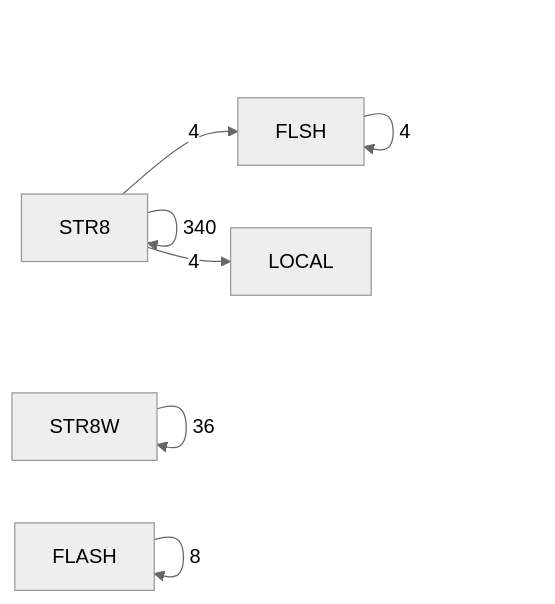
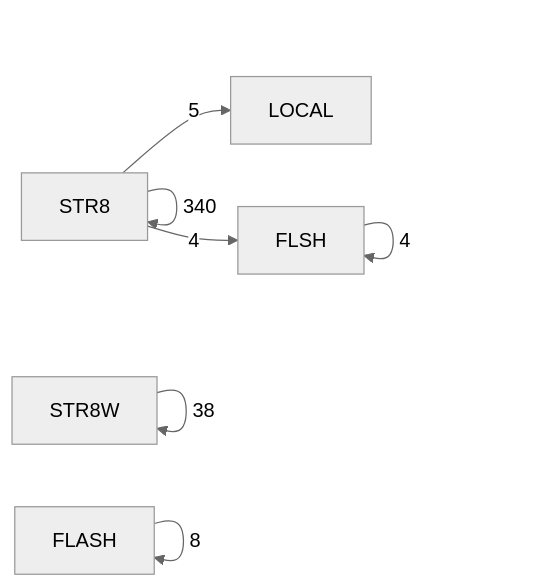
The fifth of 6 diagrams in DOC/GENERATED/ROUTINE_CLASS_DIAGRAM.md (95westus/R-YORS), drawn with Mermaid (neutral theme) before and after one commit. The commit also changed other lines of this file and 33 other files, not shown here.

````diff
--- a/DOC/GENERATED/ROUTINE_CLASS_DIAGRAM.md
+++ b/DOC/GENERATED/ROUTINE_CLASS_DIAGRAM.md
@@ -77,9 +77,9 @@
 ```mermaid
 flowchart LR
     P_STR8[STR8] -->|340| P_STR8[STR8]
-    P_STR8W[STR8W] -->|36| P_STR8W[STR8W]
+    P_STR8W[STR8W] -->|38| P_STR8W[STR8W]
     P_FLASH[FLASH] -->|8| P_FLASH[FLASH]
+    P_STR8[STR8] -->|5| P_LOCAL[LOCAL]
     P_FLSH[FLSH] -->|4| P_FLSH[FLSH]
     P_STR8[STR8] -->|4| P_FLSH[FLSH]
-    P_STR8[STR8] -->|4| P_LOCAL[LOCAL]
 ```
````
